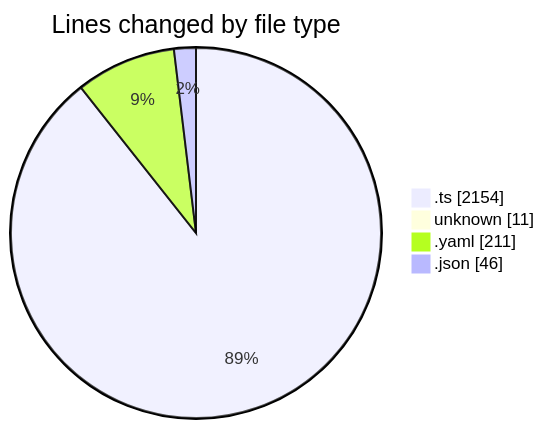
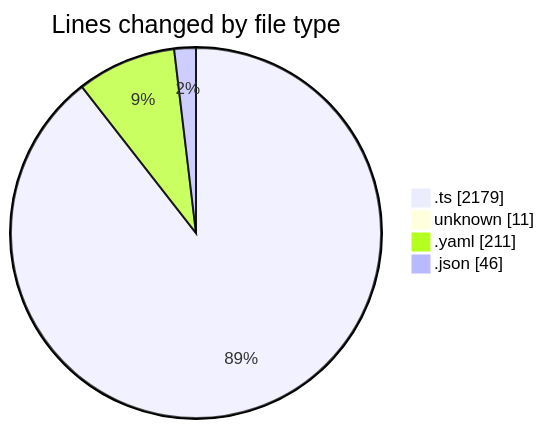
One commit to mevix1/code-tracking changed the first of 2 diagrams in 2025-10-01/oura-api/README.md. Above: the diagram before and after it, drawn with Mermaid. The commit also changed other lines of this file and 1 other file, not shown here.

````diff
--- a/2025-10-01/oura-api/README.md
+++ b/2025-10-01/oura-api/README.md
@@ -38,8 +40,8 @@
 ```mermaid
 pie showData
 title Lines changed by file type
-".ts" : 2154
+".ts" : 2179
 "unknown" : 11
 ".yaml" : 211
 ".json" : 46
 ```
````
